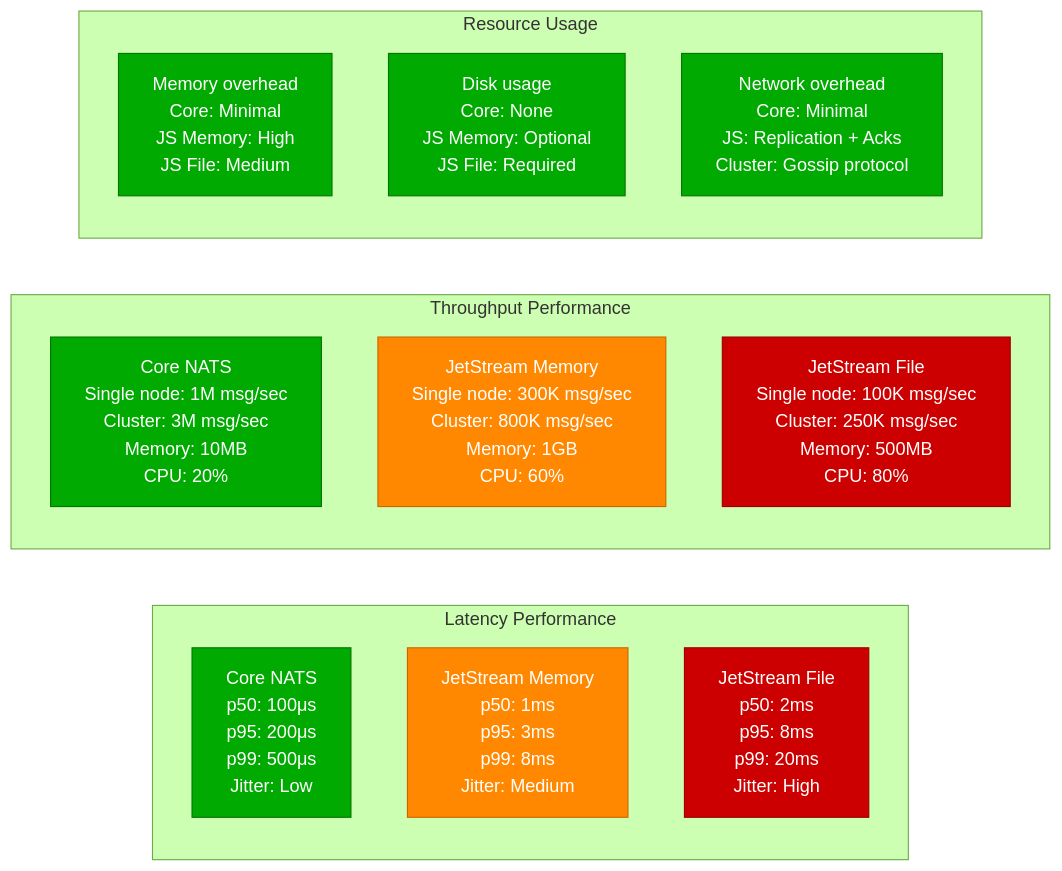
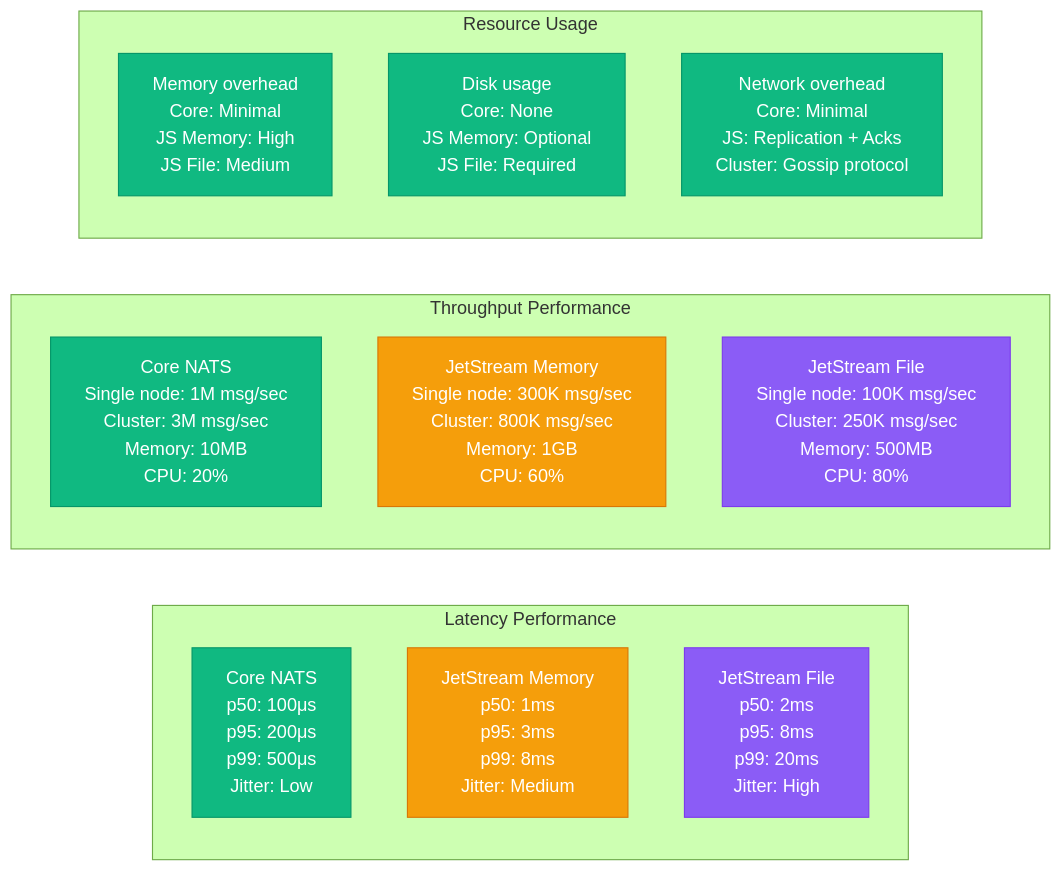
One commit to deepaucksharma/DS changed the third of 13 diagrams in site/docs/performance/nats-performance-profile.md. Above: the diagram before and after it, drawn with Mermaid (forest theme). The commit also changed other lines of this file and 303 other files, not shown here.

````diff
--- a/site/docs/performance/nats-performance-profile.md
+++ b/site/docs/performance/nats-performance-profile.md
@@ -81,35 +81,35 @@
 ```mermaid
 graph LR
     subgraph "Latency Performance"
         LAT1[Core NATS<br/>p50: 100μs<br/>p95: 200μs<br/>p99: 500μs<br/>Jitter: Low]
 
         LAT2[JetStream Memory<br/>p50: 1ms<br/>p95: 3ms<br/>p99: 8ms<br/>Jitter: Medium]
 
         LAT3[JetStream File<br/>p50: 2ms<br/>p95: 8ms<br/>p99: 20ms<br/>Jitter: High]
     end
 
     subgraph "Throughput Performance"
         THR1[Core NATS<br/>Single node: 1M msg/sec<br/>Cluster: 3M msg/sec<br/>Memory: 10MB<br/>CPU: 20%]
 
         THR2[JetStream Memory<br/>Single node: 300K msg/sec<br/>Cluster: 800K msg/sec<br/>Memory: 1GB<br/>CPU: 60%]
 
         THR3[JetStream File<br/>Single node: 100K msg/sec<br/>Cluster: 250K msg/sec<br/>Memory: 500MB<br/>CPU: 80%]
     end
 
     subgraph "Resource Usage"
         RES1[Memory overhead<br/>Core: Minimal<br/>JS Memory: High<br/>JS File: Medium]
 
         RES2[Disk usage<br/>Core: None<br/>JS Memory: Optional<br/>JS File: Required]
 
         RES3[Network overhead<br/>Core: Minimal<br/>JS: Replication + Acks<br/>Cluster: Gossip protocol]
     end
 
-    classDef coreStyle fill:#00AA00,stroke:#007700,color:#fff
-    classDef jsMemStyle fill:#FF8800,stroke:#CC6600,color:#fff
-    classDef jsFileStyle fill:#CC0000,stroke:#990000,color:#fff
+    classDef coreStyle fill:#10B981,stroke:#059669,color:#fff
+    classDef jsMemStyle fill:#F59E0B,stroke:#D97706,color:#fff
+    classDef jsFileStyle fill:#8B5CF6,stroke:#7C3AED,color:#fff
 
     class LAT1,THR1 coreStyle
     class LAT2,THR2 jsMemStyle
     class LAT3,THR3 jsFileStyle
     class RES1,RES2,RES3 coreStyle
 ```
````
